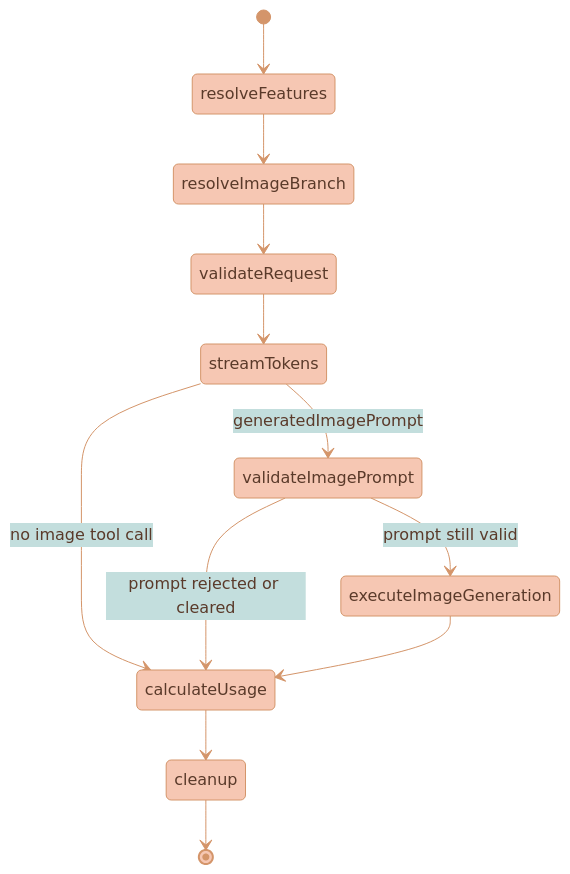
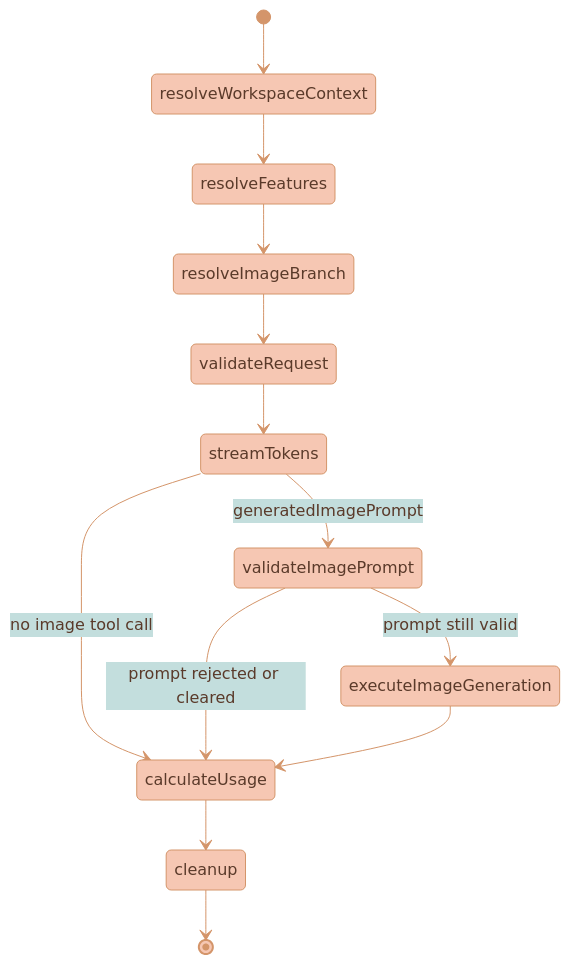
One commit to Lixpi/lixpi changed the third of 3 diagrams in documentation/features/IMAGE-BRANCH-LINEAGE.md. Above: the diagram before and after it, drawn with Mermaid. The commit also changed other lines of this file and 36 other files, not shown here.

````diff
--- a/documentation/features/IMAGE-BRANCH-LINEAGE.md
+++ b/documentation/features/IMAGE-BRANCH-LINEAGE.md
@@ -177,15 +188,16 @@
 ```mermaid
 %%{init: {'theme': 'base', 'themeVariables': { 'primaryColor': '#F6C7B3', 'primaryTextColor': '#5a3a2a', 'primaryBorderColor': '#d4956a', 'secondaryColor': '#C3DEDD', 'secondaryTextColor': '#1a3a47', 'secondaryBorderColor': '#4a8a9d', 'tertiaryColor': '#DCECE9', 'tertiaryTextColor': '#1a3a47', 'tertiaryBorderColor': '#82B2C0', 'lineColor': '#d4956a', 'textColor': '#5a3a2a'}}}%%
 stateDiagram-v2
-    [*] --> resolveFeatures
+    [*] --> resolveWorkspaceContext
+    resolveWorkspaceContext --> resolveFeatures
     resolveFeatures --> resolveImageBranch
     resolveImageBranch --> validateRequest
     validateRequest --> streamTokens
     streamTokens --> validateImagePrompt: generatedImagePrompt
     streamTokens --> calculateUsage: no image tool call
     validateImagePrompt --> executeImageGeneration: prompt still valid
     validateImagePrompt --> calculateUsage: prompt rejected or cleared
     executeImageGeneration --> calculateUsage
     calculateUsage --> cleanup
     cleanup --> [*]
 ```
````
